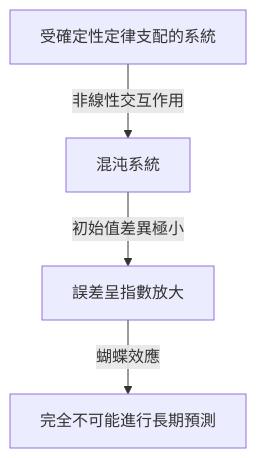
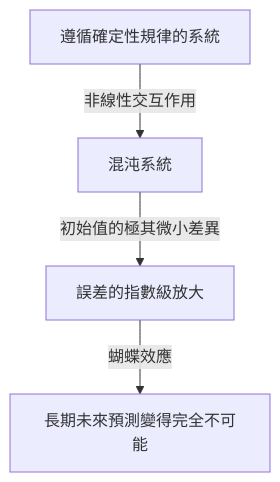
One commit to kenjinote/blog changed the first of 2 diagrams in content/post/chaos-theory/index.zh-tw.md. Above: the diagram before and after it, drawn with Mermaid. The commit also changed other lines of this file and 97 other files, not shown here.

````diff
--- a/content/post/chaos-theory/index.zh-tw.md
+++ b/content/post/chaos-theory/index.zh-tw.md
@@ -38,6 +38,6 @@
 ```mermaid
 graph TD
-    A["受確定性定律支配的系統"] -->|"非線性交互作用"| B["混沌系統"]
-    B -->|"初始值差異極小"| C["誤差呈指數放大"]
-    C -->|"蝴蝶效應"| D["完全不可能進行長期預測"]
+    A["遵循確定性規律的系統"] -->|"非線性交互作用"| B["混沌系統"]
+    B -->|"初始值的極其微小差異"| C["誤差的指數級放大"]
+    C -->|"蝴蝶效應"| D["長期未來預測變得完全不可能"]
 ```
````
